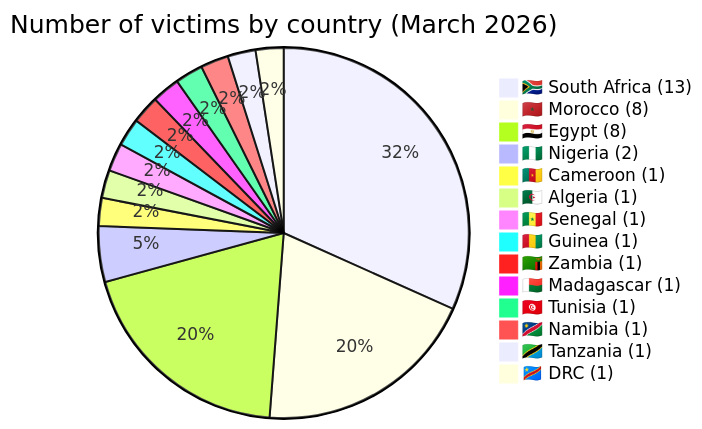
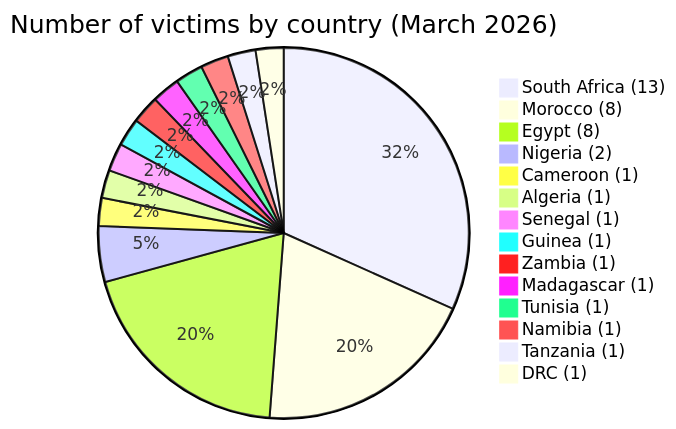
The first of 5 diagrams in CyberAttackAfrica/2026/03-march/README.md (Hatchepsoute/AFRINTEL), drawn with Mermaid before and after one commit. The commit also changed other lines of this file and 11 other files, not shown here.

First line of the commit message:
fix: remove all emojis from Mermaid labels in Jan-Jun 2026 reports

````diff
--- a/CyberAttackAfrica/2026/03-march/README.md
+++ b/CyberAttackAfrica/2026/03-march/README.md
@@ -62,18 +62,18 @@
 ```mermaid
 pie
-    title Number of victims by country (March 2026)
-    "🇿🇦 South Africa (13)" : 13
-    "🇲🇦 Morocco (8)" : 8
-    "🇪🇬 Egypt (8)" : 8
-    "🇳🇬 Nigeria (2)" : 2
-    "🇨🇲 Cameroon (1)" : 1
-    "🇩🇿 Algeria (1)" : 1
-    "🇸🇳 Senegal (1)" : 1
-    "🇬🇳 Guinea (1)" : 1
-    "🇿🇲 Zambia (1)" : 1
-    "🇲🇬 Madagascar (1)" : 1
-    "🇹🇳 Tunisia (1)" : 1
-    "🇳🇦 Namibia (1)" : 1
-    "🇹🇿 Tanzania (1)" : 1
-    "🇨🇩 DRC (1)" : 1
+ title Number of victims by country (March 2026)
+ "South Africa (13)" : 13
+ "Morocco (8)" : 8
+ "Egypt (8)" : 8
+ "Nigeria (2)" : 2
+ "Cameroon (1)" : 1
+ "Algeria (1)" : 1
+ "Senegal (1)" : 1
+ "Guinea (1)" : 1
+ "Zambia (1)" : 1
+ "Madagascar (1)" : 1
+ "Tunisia (1)" : 1
+ "Namibia (1)" : 1
+ "Tanzania (1)" : 1
+ "DRC (1)" : 1
 ```
````
